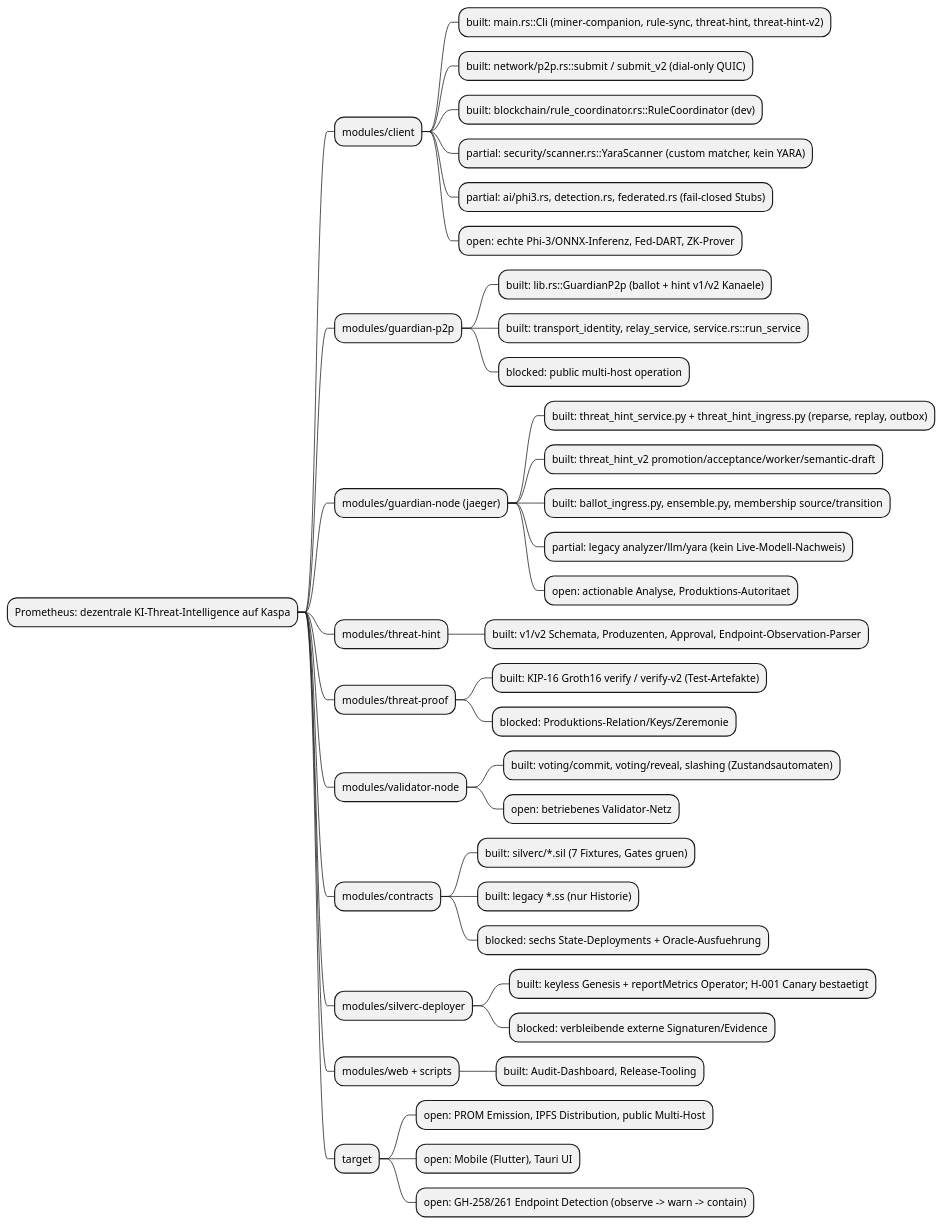
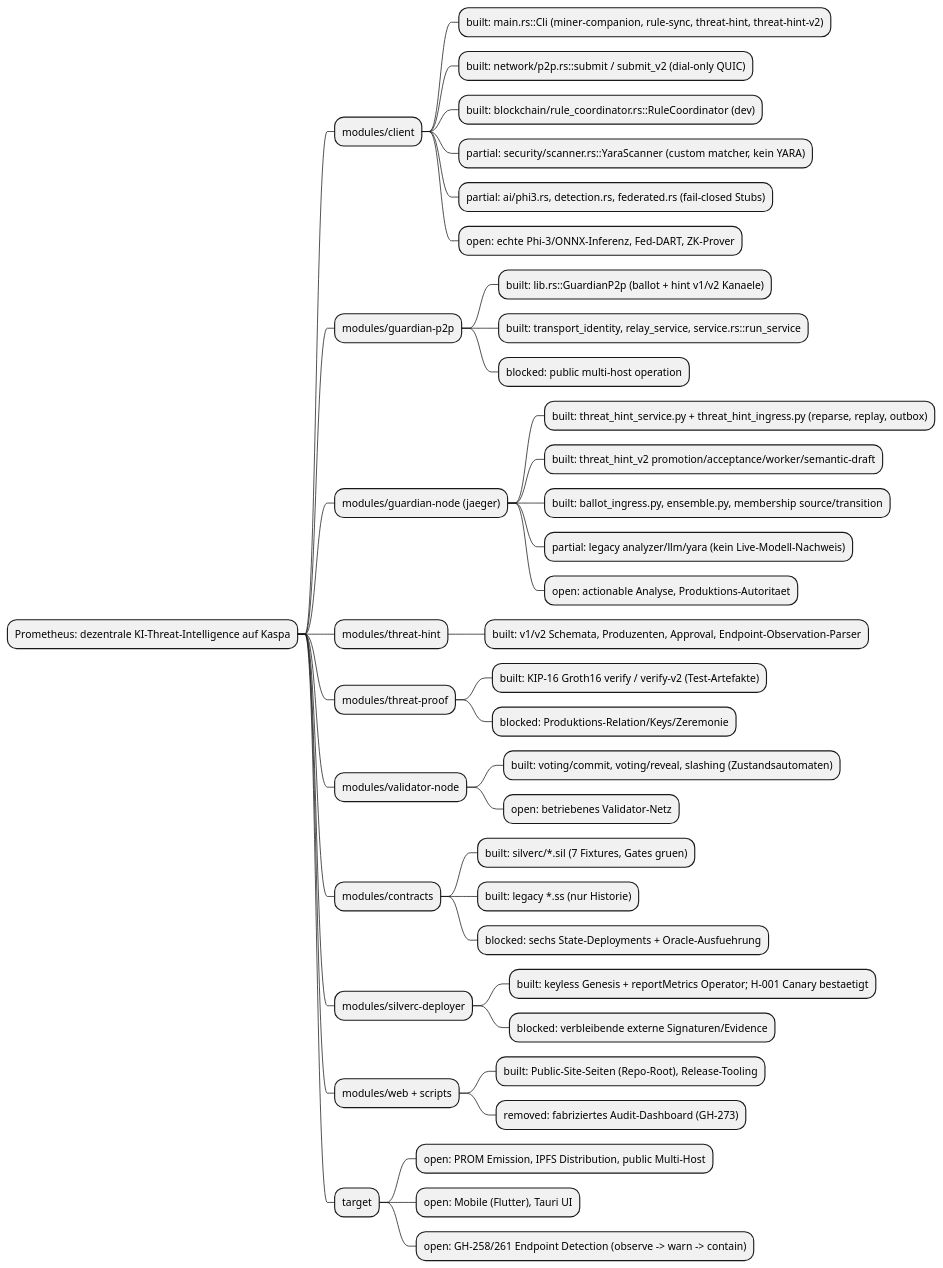
Before and after one commit to NeaBouli/prometheus-: the first of 2 diagrams in docs/architecture/map.puml, drawn with PlantUML. The commit also changed 16 other files, not shown here.

First line of the commit message:
Remove fabricated public audit dashboard (GH-273)

```diff
--- a/docs/architecture/map.puml
+++ b/docs/architecture/map.puml
@@ -1,41 +1,42 @@
 @startmindmap
 * Prometheus: dezentrale KI-Threat-Intelligence auf Kaspa
 ** modules/client
 *** built: main.rs::Cli (miner-companion, rule-sync, threat-hint, threat-hint-v2)
 *** built: network/p2p.rs::submit / submit_v2 (dial-only QUIC)
 *** built: blockchain/rule_coordinator.rs::RuleCoordinator (dev)
 *** partial: security/scanner.rs::YaraScanner (custom matcher, kein YARA)
 *** partial: ai/phi3.rs, detection.rs, federated.rs (fail-closed Stubs)
 *** open: echte Phi-3/ONNX-Inferenz, Fed-DART, ZK-Prover
 ** modules/guardian-p2p
 *** built: lib.rs::GuardianP2p (ballot + hint v1/v2 Kanaele)
 *** built: transport_identity, relay_service, service.rs::run_service
 *** blocked: public multi-host operation
 ** modules/guardian-node (jaeger)
 *** built: threat_hint_service.py + threat_hint_ingress.py (reparse, replay, outbox)
 *** built: threat_hint_v2 promotion/acceptance/worker/semantic-draft
 *** built: ballot_ingress.py, ensemble.py, membership source/transition
 *** partial: legacy analyzer/llm/yara (kein Live-Modell-Nachweis)
 *** open: actionable Analyse, Produktions-Autoritaet
 ** modules/threat-hint
 *** built: v1/v2 Schemata, Produzenten, Approval, Endpoint-Observation-Parser
 ** modules/threat-proof
 *** built: KIP-16 Groth16 verify / verify-v2 (Test-Artefakte)
 *** blocked: Produktions-Relation/Keys/Zeremonie
 ** modules/validator-node
 *** built: voting/commit, voting/reveal, slashing (Zustandsautomaten)
 *** open: betriebenes Validator-Netz
 ** modules/contracts
 *** built: silverc/*.sil (7 Fixtures, Gates gruen)
 *** built: legacy *.ss (nur Historie)
 *** blocked: sechs State-Deployments + Oracle-Ausfuehrung
 ** modules/silverc-deployer
 *** built: keyless Genesis + reportMetrics Operator; H-001 Canary bestaetigt
 *** blocked: verbleibende externe Signaturen/Evidence
 ** modules/web + scripts
-*** built: Audit-Dashboard, Release-Tooling
+*** built: Public-Site-Seiten (Repo-Root), Release-Tooling
+*** removed: fabriziertes Audit-Dashboard (GH-273)
 ** target
 *** open: PROM Emission, IPFS Distribution, public Multi-Host
 *** open: Mobile (Flutter), Tauri UI
 *** open: GH-258/261 Endpoint Detection (observe -> warn -> contain)
 @endmindmap
```
